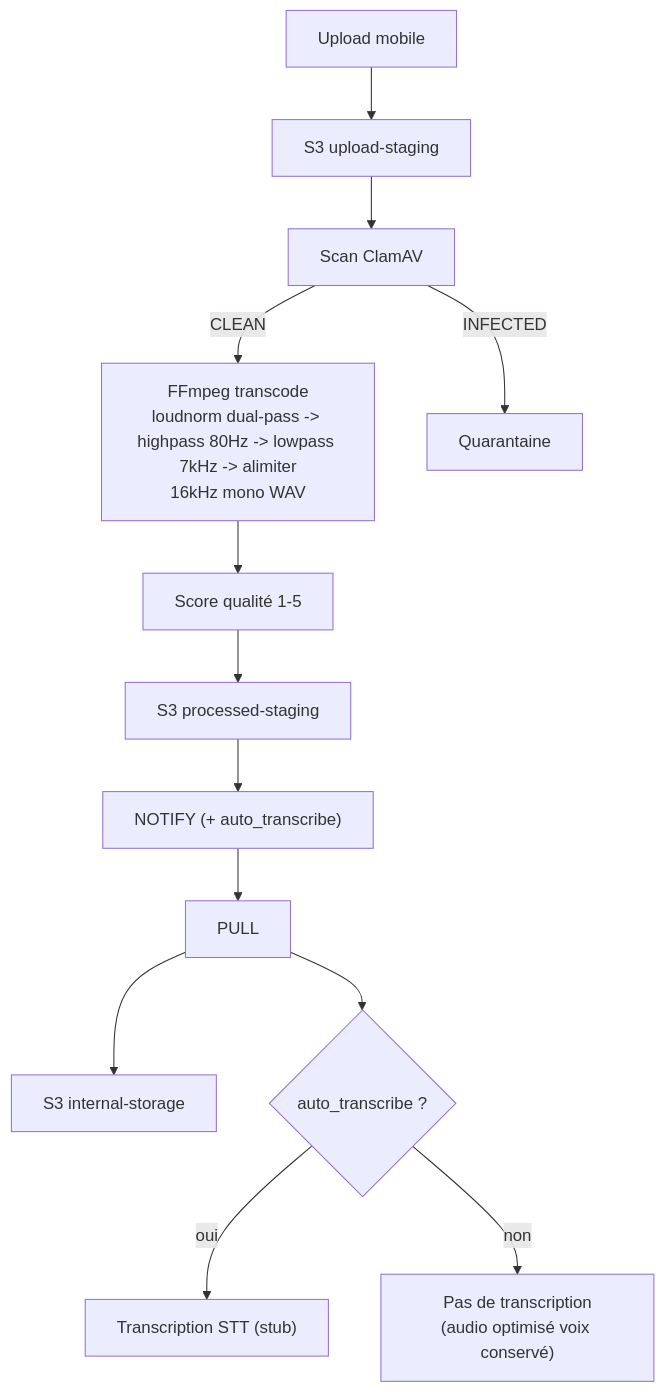
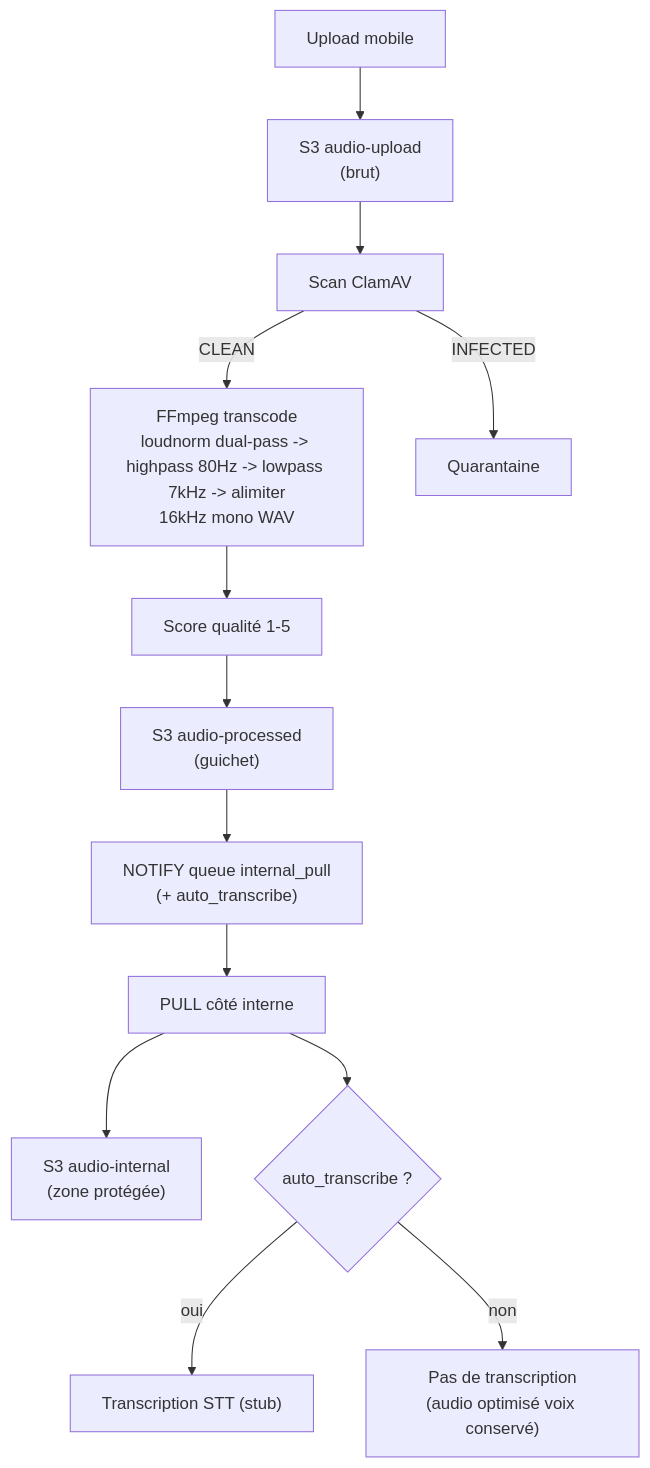
Before and after one commit to IA-Generative/mirai-mesreunions: the fourth of 5 diagrams in README.md, drawn with Mermaid. The commit also changed other lines of this file and 13 other files, not shown here.

First line of the commit message:
feat(pipeline): cross-cluster pull notification via durable queue + optional HTTP trigger (#4)

````diff
--- a/README.md
+++ b/README.md
@@ -511,11 +525,11 @@
 ```mermaid
 flowchart TD
-  U["Upload mobile"] --> S3U["S3 upload-staging"] --> AV["Scan ClamAV"]
+  U["Upload mobile"] --> S3U["S3 audio-upload<br/>(brut)"] --> AV["Scan ClamAV"]
   AV -->|CLEAN| TR["FFmpeg transcode<br/>loudnorm dual-pass -> highpass 80Hz -> lowpass 7kHz -> alimiter<br/>16kHz mono WAV"]
   AV -->|INFECTED| Q["Quarantaine"]
-  TR --> QL["Score qualité 1-5"] --> S3P["S3 processed-staging"]
-  S3P --> N["NOTIFY (+ auto_transcribe)"] --> P["PULL"] --> S3I["S3 internal-storage"]
+  TR --> QL["Score qualité 1-5"] --> S3P["S3 audio-processed<br/>(guichet)"]
+  S3P --> N["NOTIFY queue internal_pull<br/>(+ auto_transcribe)"] --> P["PULL côté interne"] --> S3I["S3 audio-internal<br/>(zone protégée)"]
   P --> C{"auto_transcribe ?"}
   C -->|oui| STT["Transcription STT (stub)"]
   C -->|non| SKIP["Pas de transcription<br/>(audio optimisé voix conservé)"]
 ```
````
